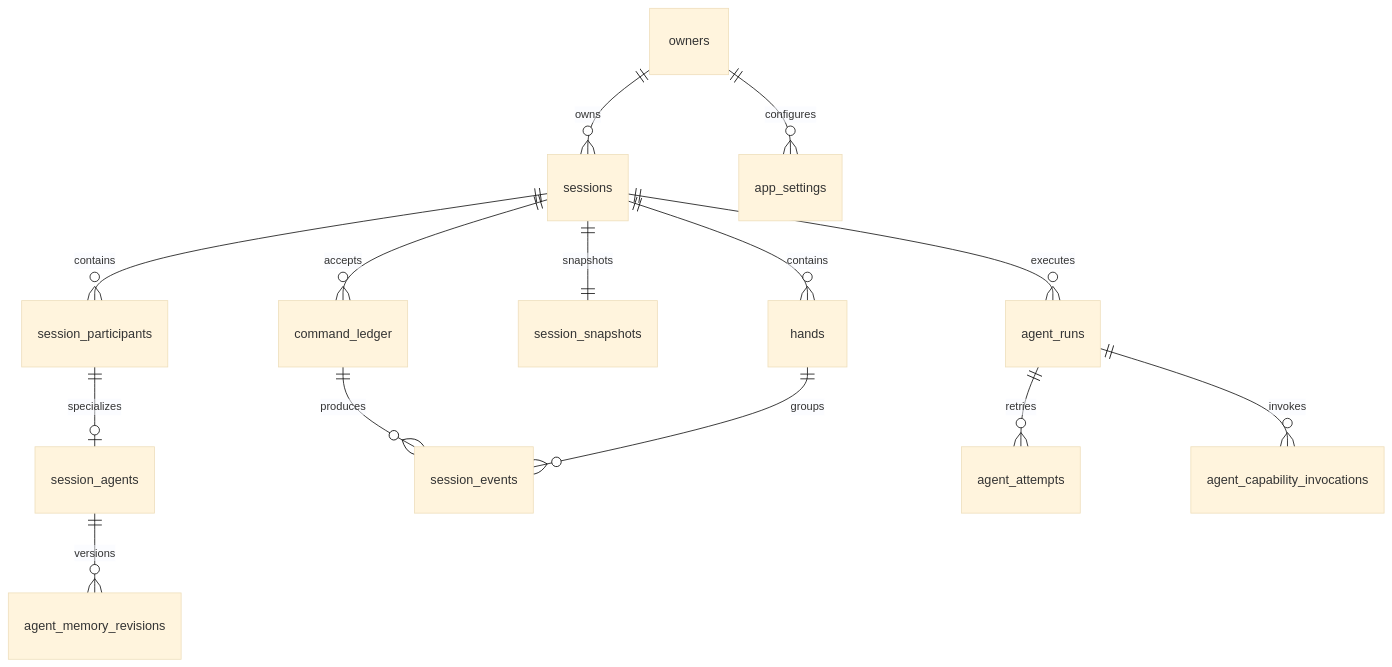
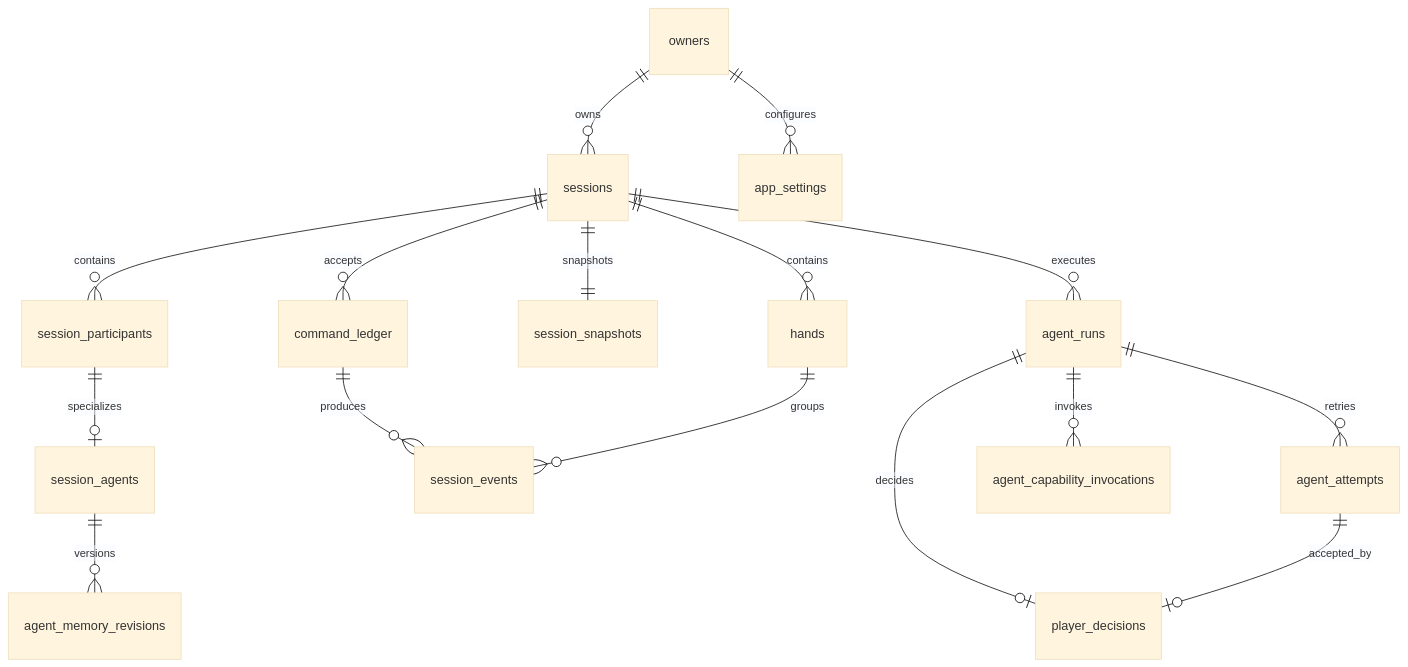
The diagram in docs/m2-2-schema-data-dictionary.md (PANYUXIN6/TX-holdem-coach), drawn with Mermaid (base theme) before and after one commit. The commit also changed other lines of this file and 55 other files, not shown here.

````diff
--- a/docs/m2-2-schema-data-dictionary.md
+++ b/docs/m2-2-schema-data-dictionary.md
@@ -50,16 +50,18 @@
 ```mermaid
 erDiagram
   owners ||--o{ sessions : owns
   owners ||--o{ app_settings : configures
   sessions ||--o{ session_participants : contains
   session_participants ||--o| session_agents : specializes
   session_agents ||--o{ agent_memory_revisions : versions
   sessions ||--o{ hands : contains
   sessions ||--|| session_snapshots : snapshots
   sessions ||--o{ command_ledger : accepts
   command_ledger ||--o{ session_events : produces
   hands ||--o{ session_events : groups
   sessions ||--o{ agent_runs : executes
   agent_runs ||--o{ agent_attempts : retries
   agent_runs ||--o{ agent_capability_invocations : invokes
+  agent_runs ||--o| player_decisions : decides
+  agent_attempts ||--o| player_decisions : accepted_by
 ```
````
